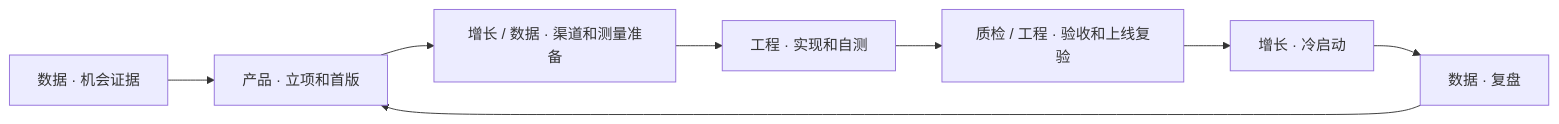
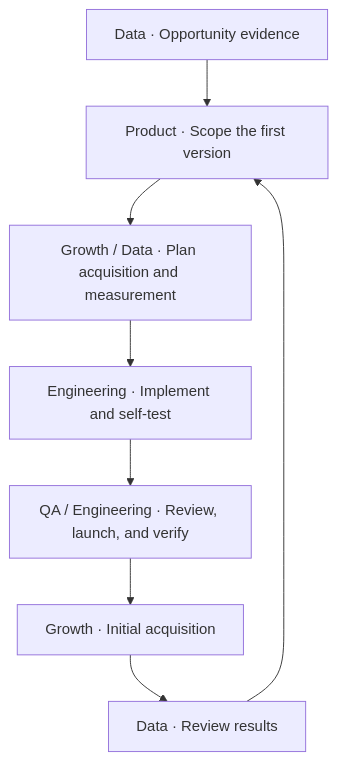
One commit to RickZhang777/web-product-workflow changed the diagram in README.md. Above: the diagram before and after it, drawn with Mermaid. The commit also changed other lines of this file and 8 other files, not shown here.

````diff
--- a/README.md
+++ b/README.md
@@ -27,10 +27,10 @@
 ```mermaid
-flowchart LR
-    D["数据 · 机会证据"] --> PM["产品 · 立项和首版"]
-    PM --> GP["增长 / 数据 · 渠道和测量准备"]
-    GP --> ENG["工程 · 实现和自测"]
-    ENG --> QA["质检 / 工程 · 验收和上线复验"]
-    QA --> G["增长 · 冷启动"]
-    G --> R["数据 · 复盘"]
+flowchart TD
+    D["Data · Opportunity evidence"] --> PM["Product · Scope the first version"]
+    PM --> GP["Growth / Data · Plan acquisition and measurement"]
+    GP --> ENG["Engineering · Implement and self-test"]
+    ENG --> QA["QA / Engineering · Review, launch, and verify"]
+    QA --> G["Growth · Initial acquisition"]
+    G --> R["Data · Review results"]
     R --> PM
 ```
````
